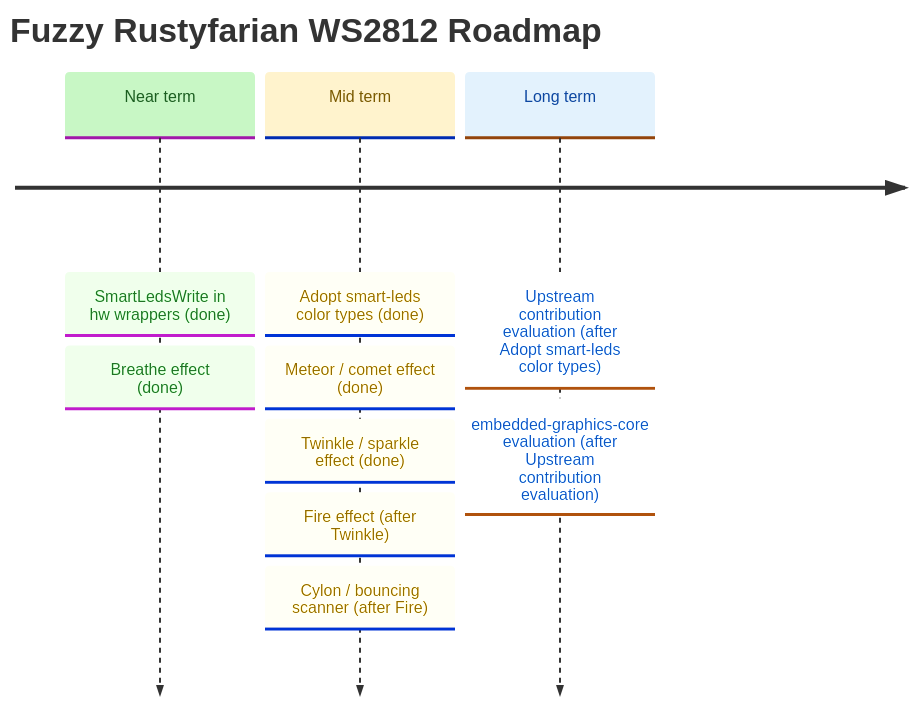
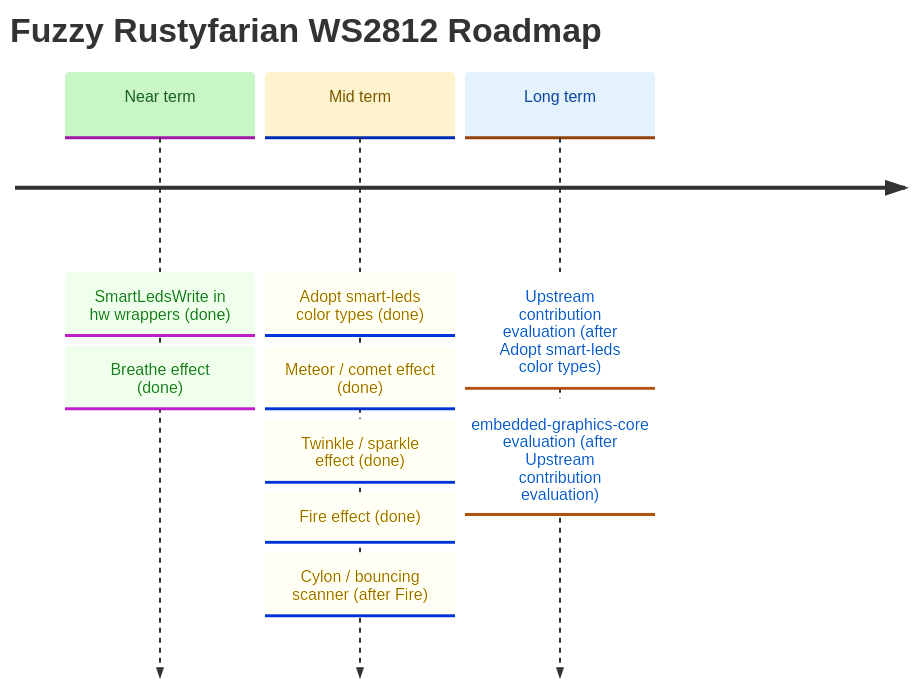
One commit to datenkollektiv/rustyfarian-ws2812 changed the diagram in docs/ROADMAP.md. Above: the diagram before and after it, drawn with Mermaid. The commit also changed other lines of this file and 7 other files, not shown here.

Commit message:
Add `FireEffect` and related examples for ESP32-C6

````diff
--- a/docs/ROADMAP.md
+++ b/docs/ROADMAP.md
@@ -10,28 +10,28 @@
 ```mermaid
 %%{init: {
   "theme": "base",
   "themeVariables": {
     "cScale0": "#c8f7c5",
     "cScaleLabel0": "#1b5e20",
     "cScale1": "#fff3cd",
     "cScaleLabel1": "#7a5a00",
     "cScale2": "#e3f2fd",
     "cScaleLabel2": "#0d47a1"
   }
 }}%%
 
 timeline
     title Fuzzy Rustyfarian WS2812 Roadmap
 
     Near term : SmartLedsWrite in hw wrappers (done)
               : Breathe effect (done)
 
     Mid term  : Adopt smart-leds color types (done)
               : Meteor / comet effect (done)
               : Twinkle / sparkle effect (done)
-              : Fire effect (after Twinkle)
+              : Fire effect (done)
               : Cylon / bouncing scanner (after Fire)
 
     Long term : Upstream contribution evaluation (after Adopt smart-leds color types)
               : embedded-graphics-core evaluation (after Upstream contribution evaluation)
 ```
````
